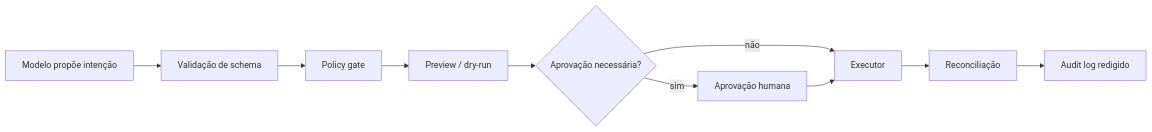
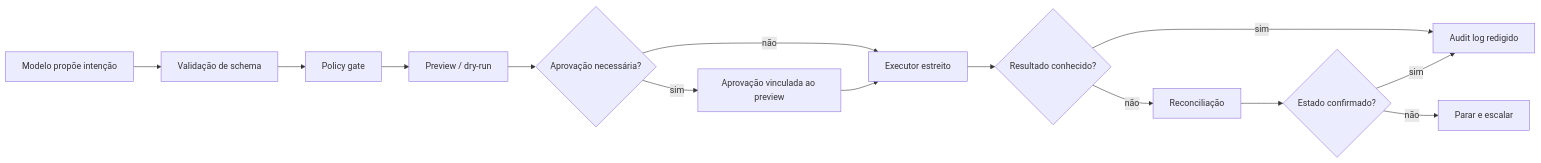
Before and after one commit to matheusflorindo32/nexus-agent-engineering-academy: the diagram in course/modules/03-tool-engineering/README.md, drawn with Mermaid. The commit also changed other lines of this file, not shown here.

````diff
--- a/course/modules/03-tool-engineering/README.md
+++ b/course/modules/03-tool-engineering/README.md
@@ -38,12 +118,16 @@
 ```mermaid
 flowchart LR
     M[Modelo propõe intenção] --> S[Validação de schema]
     S --> P[Policy gate]
     P --> V[Preview / dry-run]
     V --> H{Aprovação necessária?}
-    H -- sim --> A[Aprovação humana]
-    H -- não --> X[Executor]
+    H -- sim --> A[Aprovação vinculada ao preview]
+    H -- não --> X[Executor estreito]
     A --> X
-    X --> R[Reconciliação]
-    R --> L[Audit log redigido]
+    X --> R{Resultado conhecido?}
+    R -- sim --> L[Audit log redigido]
+    R -- não --> C[Reconciliação]
+    C --> D{Estado confirmado?}
+    D -- sim --> L
+    D -- não --> E[Parar e escalar]
 ```
````
